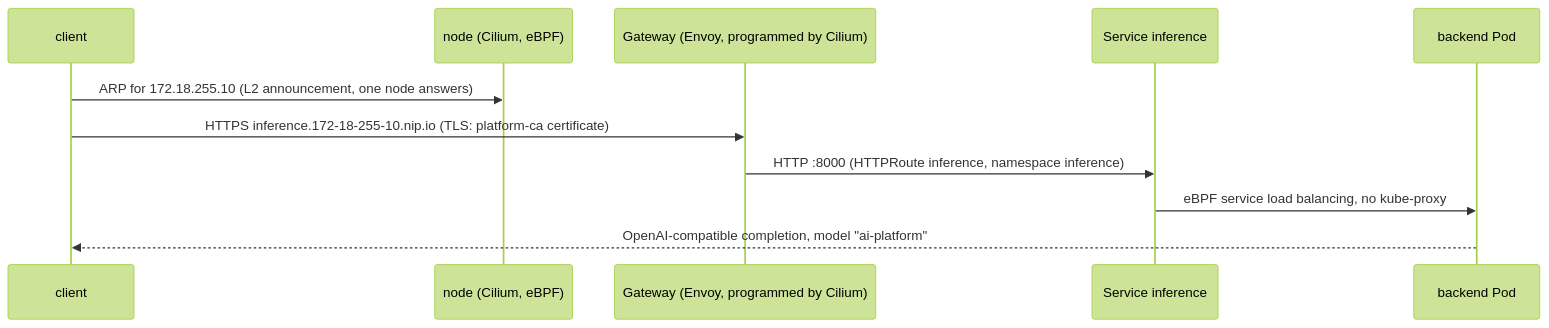
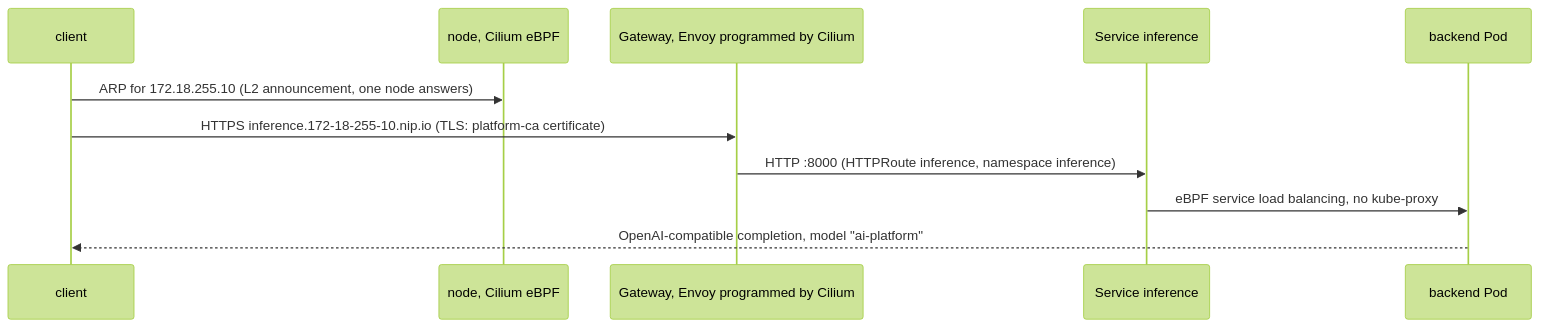
One commit to blacksoxx/ai-platform-reference changed the second of 3 diagrams in docs/architecture.md. Above: the diagram before and after it, drawn with Mermaid (forest theme). The commit also changed other lines of this file and 4 other files, not shown here.

First line of the commit message:
fix(docs,e2e): valid Mermaid in the architecture doc, neutral hardware scripts, Falco proof match

````diff
--- a/docs/architecture.md
+++ b/docs/architecture.md
@@ -105,13 +105,13 @@
 ```mermaid
 sequenceDiagram
   participant C as client
-  participant N as node (Cilium, eBPF)
-  participant G as Gateway (Envoy, programmed by Cilium)
+  participant N as node, Cilium eBPF
+  participant G as Gateway, Envoy programmed by Cilium
   participant S as Service inference
   participant B as backend Pod
   C->>N: ARP for 172.18.255.10 (L2 announcement, one node answers)
   C->>G: HTTPS inference.172-18-255-10.nip.io (TLS: platform-ca certificate)
   G->>S: HTTP :8000 (HTTPRoute inference, namespace inference)
   S->>B: eBPF service load balancing, no kube-proxy
   B-->>C: OpenAI-compatible completion, model "ai-platform"
 ```
````
